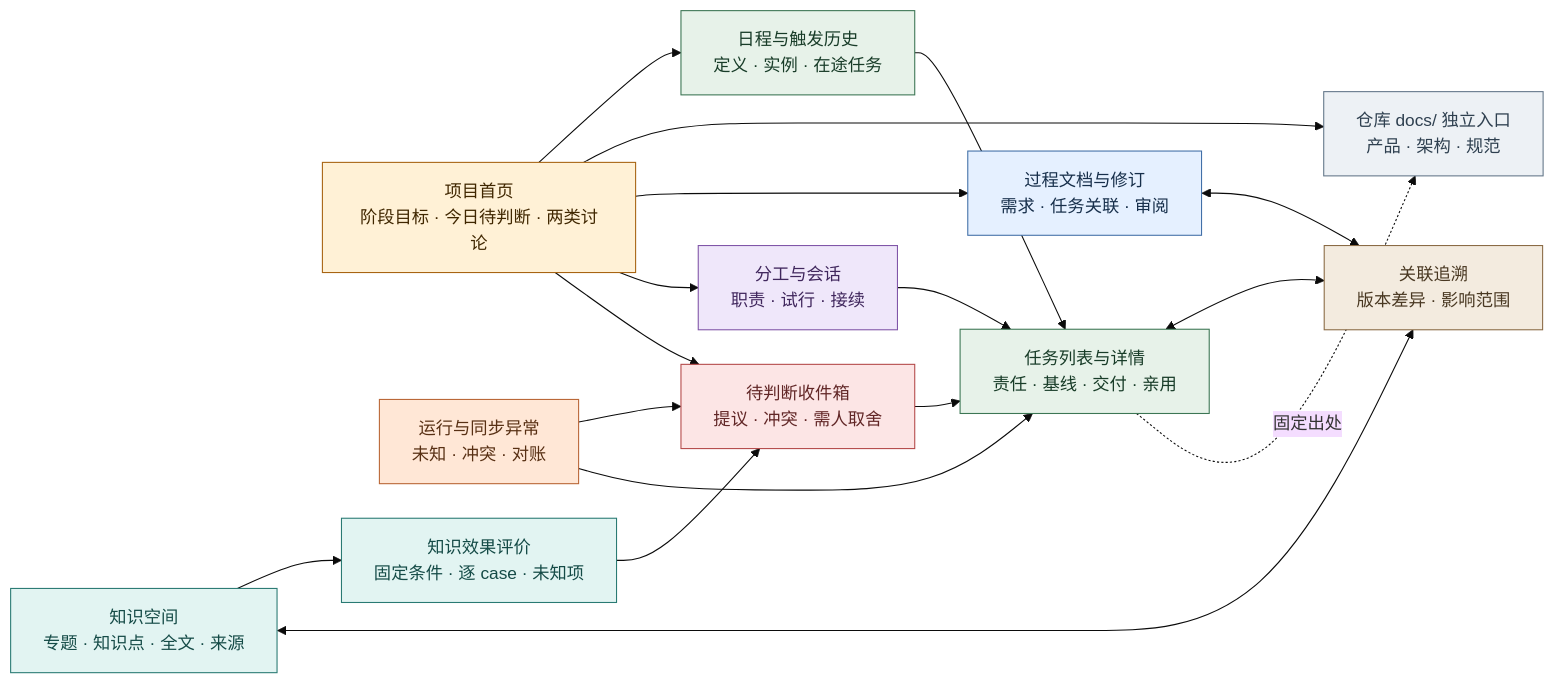
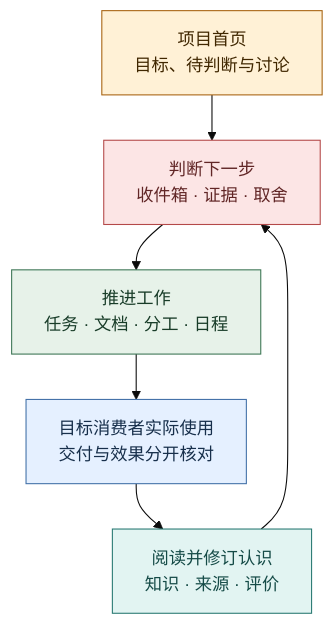
Before and after one commit to cyl19970726/evoLoop: the first of 3 diagrams in docs/product/workbench.md, drawn with Mermaid (base theme). The commit also changed other lines of this file and 13 other files, not shown here.

````diff
--- a/docs/product/workbench.md
+++ b/docs/product/workbench.md
@@ -13,37 +13,14 @@
 ```mermaid
-%%{init: {"flowchart":{"wrappingWidth":230,"nodeSpacing":32,"rankSpacing":42}}}%%
-flowchart LR
-  H["项目首页<br/>阶段目标 · 今日待判断 · 两类讨论"]:::entry
-  I["待判断收件箱<br/>提议 · 冲突 · 需人取舍"]:::decision
-  T["任务列表与详情<br/>责任 · 基线 · 交付 · 亲用"]:::work
-  D["过程文档与修订<br/>需求 · 任务关联 · 审阅"]:::document
-  R["仓库 docs/ 独立入口<br/>产品 · 架构 · 规范"]:::repo
-  K["知识空间<br/>专题 · 知识点 · 全文 · 来源"]:::knowledge
-  S["分工与会话<br/>职责 · 试行 · 接续"]:::people
-  X["关联追溯<br/>版本差异 · 影响范围"]:::trace
-  O["运行与同步异常<br/>未知 · 冲突 · 对账"]:::alert
-  U["日程与触发历史<br/>定义 · 实例 · 在途任务"]:::work
-  E["知识效果评价<br/>固定条件 · 逐 case · 未知项"]:::knowledge
-  H --> I --> T
-  H --> S
-  H --> D
-  H --> R
-  T -.->|固定出处| R
-  T <--> X
-  D <--> X
-  K <--> X
-  S --> T
-  O --> T
-  O --> I
-  H --> U --> T
-  K --> E --> I
+%%{init: {"flowchart":{"wrappingWidth":210,"nodeSpacing":30,"rankSpacing":42}}}%%
+flowchart TB
+  H["项目首页<br/>目标、待判断与讨论"]:::entry --> J["判断下一步<br/>收件箱 · 证据 · 取舍"]:::decision
+  J --> W["推进工作<br/>任务 · 文档 · 分工 · 日程"]:::work
+  W --> V["目标消费者实际使用<br/>交付与效果分开核对"]:::use
+  V --> K["阅读并修订认识<br/>知识 · 来源 · 评价"]:::knowledge
+  K --> J
   classDef entry fill:#FFF1D6,stroke:#A86412,color:#402700
   classDef decision fill:#FCE5E5,stroke:#B44949,color:#612626
   classDef work fill:#E7F2E9,stroke:#3C7654,color:#183C28
-  classDef document fill:#E5F0FF,stroke:#4270A8,color:#172F4B
-  classDef repo fill:#EDF1F5,stroke:#647789,color:#2F4050
+  classDef use fill:#E5F0FF,stroke:#4270A8,color:#172F4B
   classDef knowledge fill:#E2F4F2,stroke:#297A73,color:#154B47
-  classDef people fill:#EFE7FA,stroke:#8056A8,color:#40275D
-  classDef trace fill:#F3EBDF,stroke:#8A6B45,color:#493822
-  classDef alert fill:#FFE7D6,stroke:#B96535,color:#583014
 ```
````
